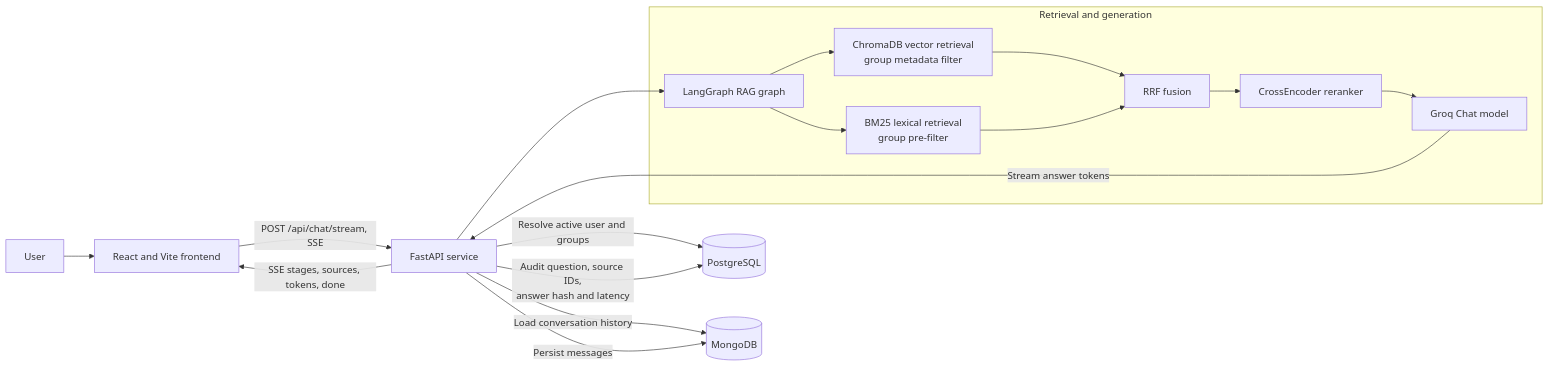
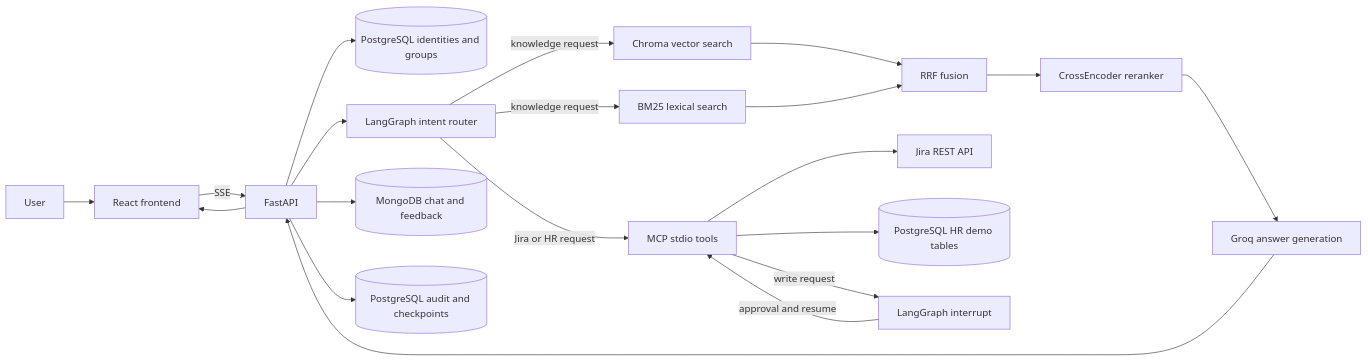
One commit to Krishna-Rao-dev/Enterprise-AI-Assistant changed the diagram in README.md. Above: the diagram before and after it, drawn with Mermaid. The commit also changed other lines of this file and 37 other files, not shown here.

````diff
--- a/README.md
+++ b/README.md
@@ -66,23 +43,22 @@
 ```mermaid
 flowchart LR
-    U[User] --> UI[React and Vite frontend]
-    UI -->|POST /api/chat/stream, SSE| API[FastAPI service]
-
-    API -->|Resolve active user and groups| PG[(PostgreSQL)]
-    API -->|Load conversation history| MDB[(MongoDB)]
-    API --> G[LangGraph RAG graph]
-
-    subgraph Retrieval and generation
-        G --> V[ChromaDB vector retrieval<br/>group metadata filter]
-        G --> B[BM25 lexical retrieval<br/>group pre-filter]
-        V --> R[RRF fusion]
-        B --> R
-        R --> X[CrossEncoder reranker]
-        X --> L[Groq Chat model]
-    end
-
-    L -->|Stream answer tokens| API
-    API -->|Persist messages| MDB
-    API -->|Audit question, source IDs,<br/>answer hash and latency| PG
-    API -->|SSE stages, sources, tokens, done| UI
+    U[User] --> UI[React frontend]
+    UI -->|SSE| API[FastAPI]
+    API --> ID[(PostgreSQL identities and groups)]
+    API --> R[LangGraph intent router]
+    R -->|knowledge request| V[Chroma vector search]
+    R -->|knowledge request| B[BM25 lexical search]
+    V --> F[RRF fusion]
+    B --> F
+    F --> X[CrossEncoder reranker]
+    X --> G[Groq answer generation]
+    R -->|Jira or HR request| MCP[MCP stdio tools]
+    MCP --> J[Jira REST API]
+    MCP --> H[(PostgreSQL HR demo tables)]
+    MCP -->|write request| I[LangGraph interrupt]
+    I -->|approval and resume| MCP
+    API --> M[(MongoDB chat and feedback)]
+    API --> A[(PostgreSQL audit and checkpoints)]
+    G --> API
+    API --> UI
 ```
````
